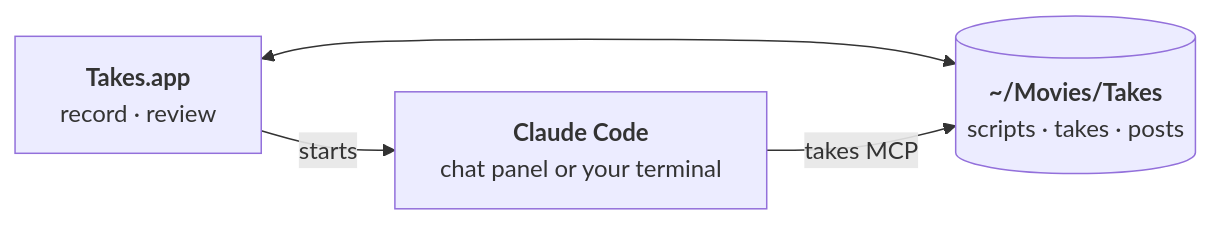
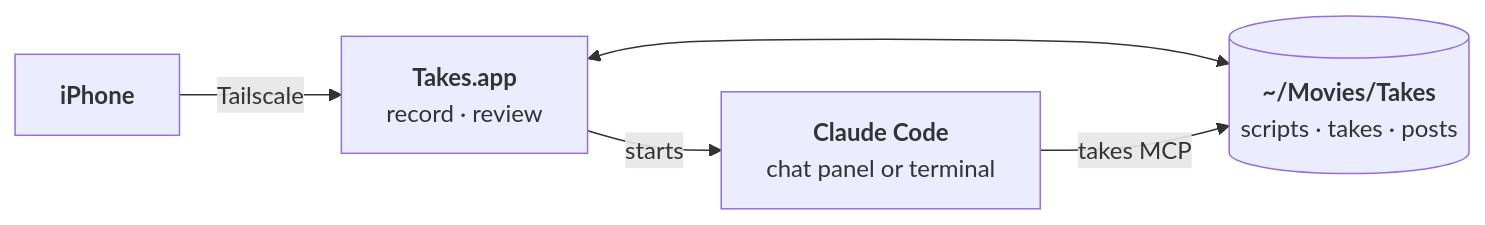
The diagram in README.md (marvtub/takes-public), drawn with Mermaid before and after one commit. The commit also changed other lines of this file and 47 other files, not shown here.

Commit message:
README: shorter, with the iPhone app

````diff
--- a/README.md
+++ b/README.md
@@ -75,9 +59,11 @@
 ```mermaid
 flowchart LR
     app["<b>Takes.app</b><br/>record · review"]
     lib[("<b>~/Movies/Takes</b><br/>scripts · takes · posts")]
-    claude["<b>Claude Code</b><br/>chat panel or your terminal"]
+    claude["<b>Claude Code</b><br/>chat panel or terminal"]
+    phone["<b>iPhone</b>"]
     app <--> lib
     claude -- "takes MCP" --> lib
     app -- "starts" --> claude
+    phone -- "Tailscale" --> app
 ```
````
